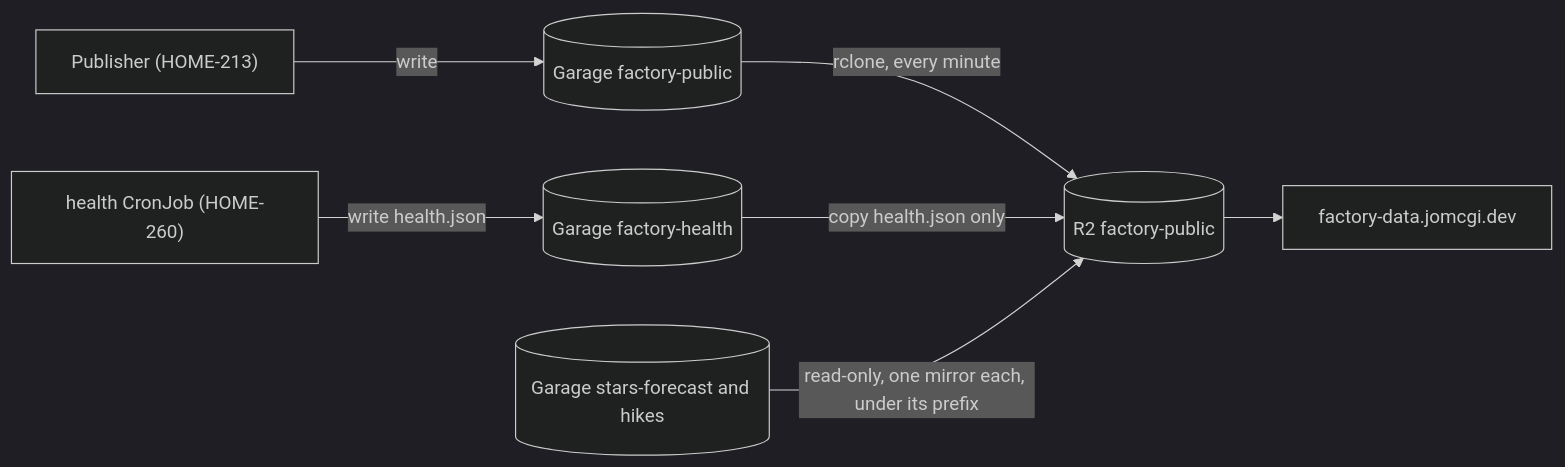
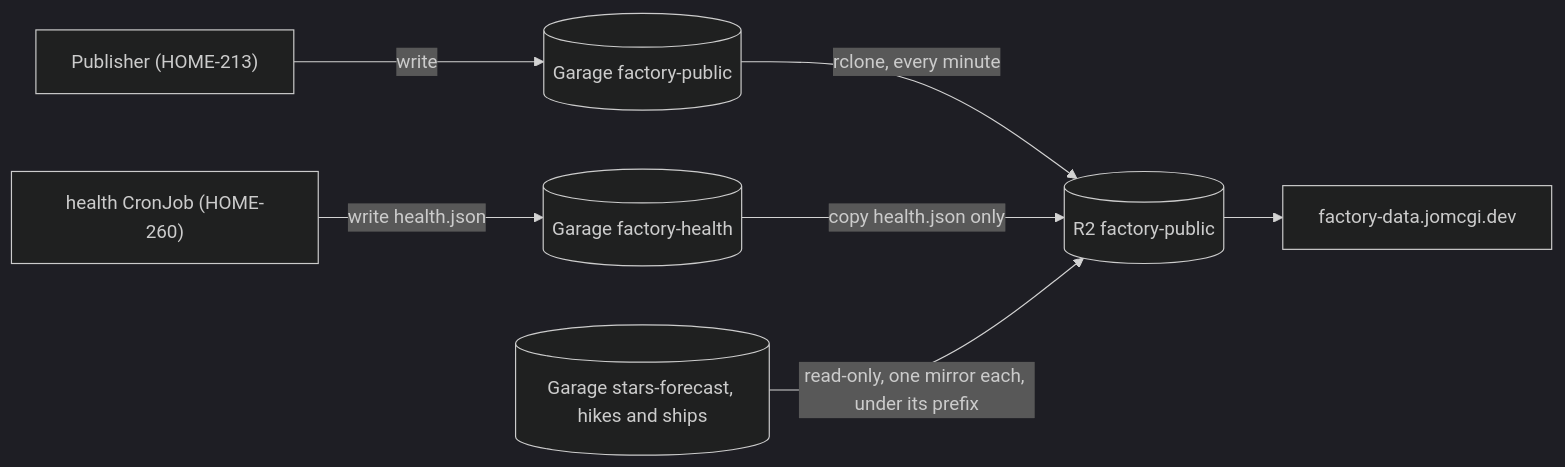
The diagram in projects/factory-public/README.md (jomcgi-org/homelab), drawn with Mermaid (dark theme) before and after one commit. The commit also changed other lines of this file and 24 other files, not shown here.

````diff
--- a/projects/factory-public/README.md
+++ b/projects/factory-public/README.md
@@ -11,9 +11,9 @@
 ```mermaid
 flowchart LR
   publisher["Publisher (HOME-213)"] -- write --> garage[("Garage factory-public")]
   health["health CronJob (HOME-260)"] -- "write health.json" --> hgarage[("Garage factory-health")]
   garage -- "rclone, every minute" --> r2[("R2 factory-public")]
   hgarage -- "copy health.json only" --> r2
-  sources[("Garage stars-forecast and hikes")] -- "read-only, one mirror each, under its prefix" --> r2
+  sources[("Garage stars-forecast, hikes and ships")] -- "read-only, one mirror each, under its prefix" --> r2
   r2 --> cdn["factory-data.jomcgi.dev"]
 ```
````
